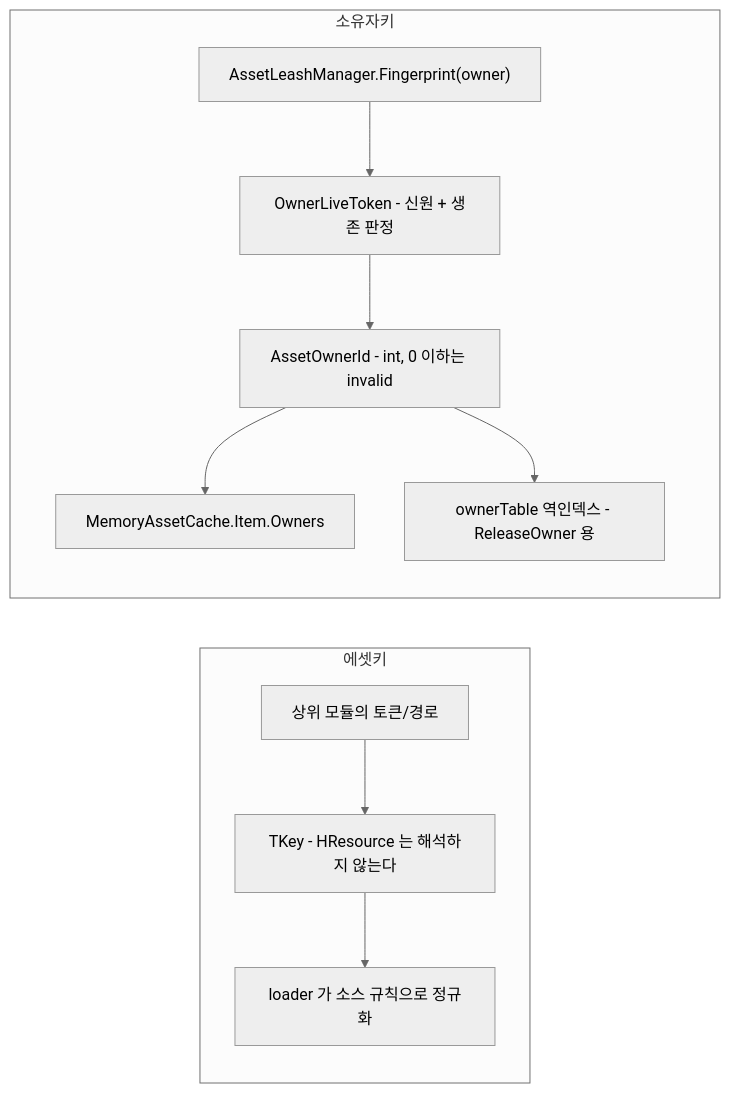
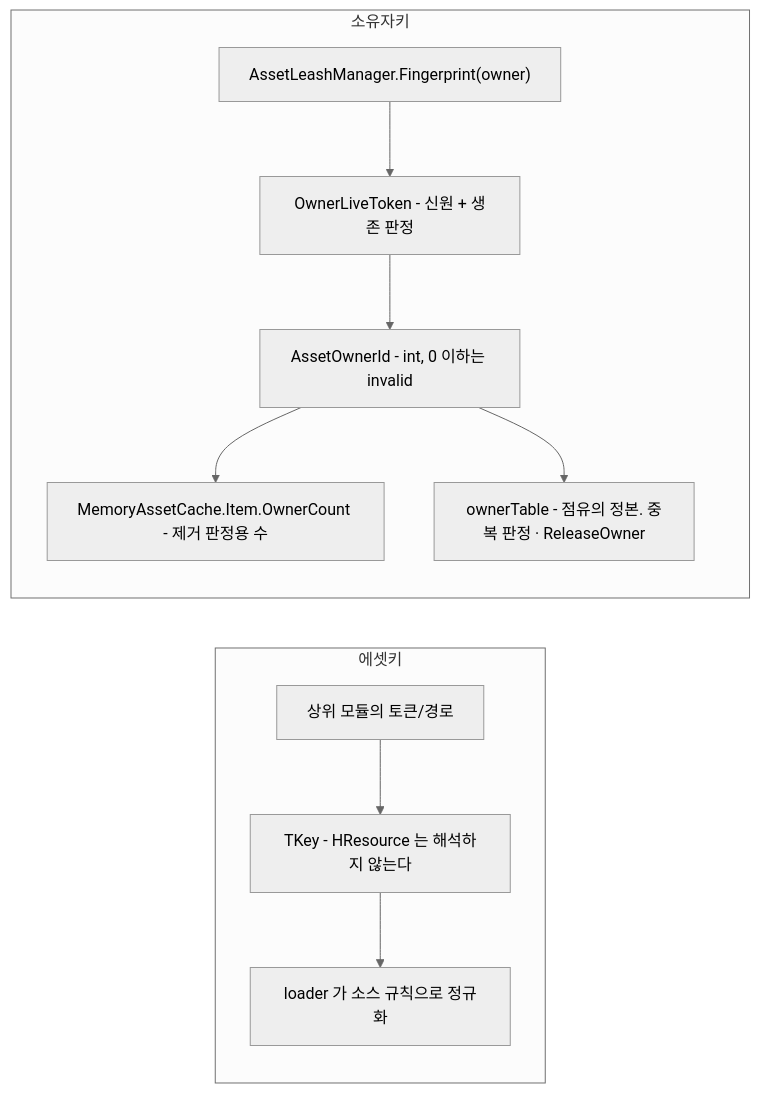
The third of 3 diagrams in HResource/Runtime/README.md (HoHong123/HCUP-Unity), drawn with Mermaid (neutral theme) before and after one commit. The commit also changed other lines of this file, not shown here.

Commit message:
[Docs] 📝 23.09.26 Refresh MemoryAssetCache line references in the HResource runtime README

````diff
--- a/HResource/Runtime/README.md
+++ b/HResource/Runtime/README.md
@@ -205,13 +205,13 @@
 ```mermaid
 flowchart LR
     subgraph 에셋키
     K1["상위 모듈의 토큰/경로"] --> K2["TKey - HResource 는 해석하지 않는다"]
     K2 --> K3["loader 가 소스 규칙으로 정규화"]
     end
     subgraph 소유자키
     O1["AssetLeashManager.Fingerprint(owner)"] --> OT["OwnerLiveToken - 신원 + 생존 판정"]
     OT --> O2["AssetOwnerId - int, 0 이하는 invalid"]
-    O2 --> O3["MemoryAssetCache.Item.Owners"]
-    O2 --> O4["ownerTable 역인덱스 - ReleaseOwner 용"]
+    O2 --> O3["MemoryAssetCache.Item.OwnerCount - 제거 판정용 수"]
+    O2 --> O4["ownerTable - 점유의 정본. 중복 판정 · ReleaseOwner"]
     end
 ```
````
